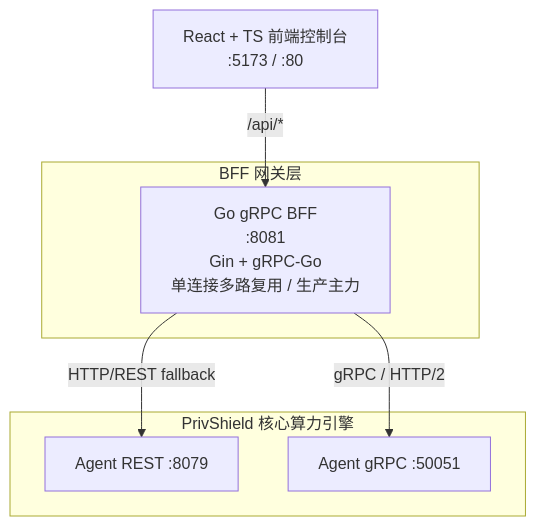
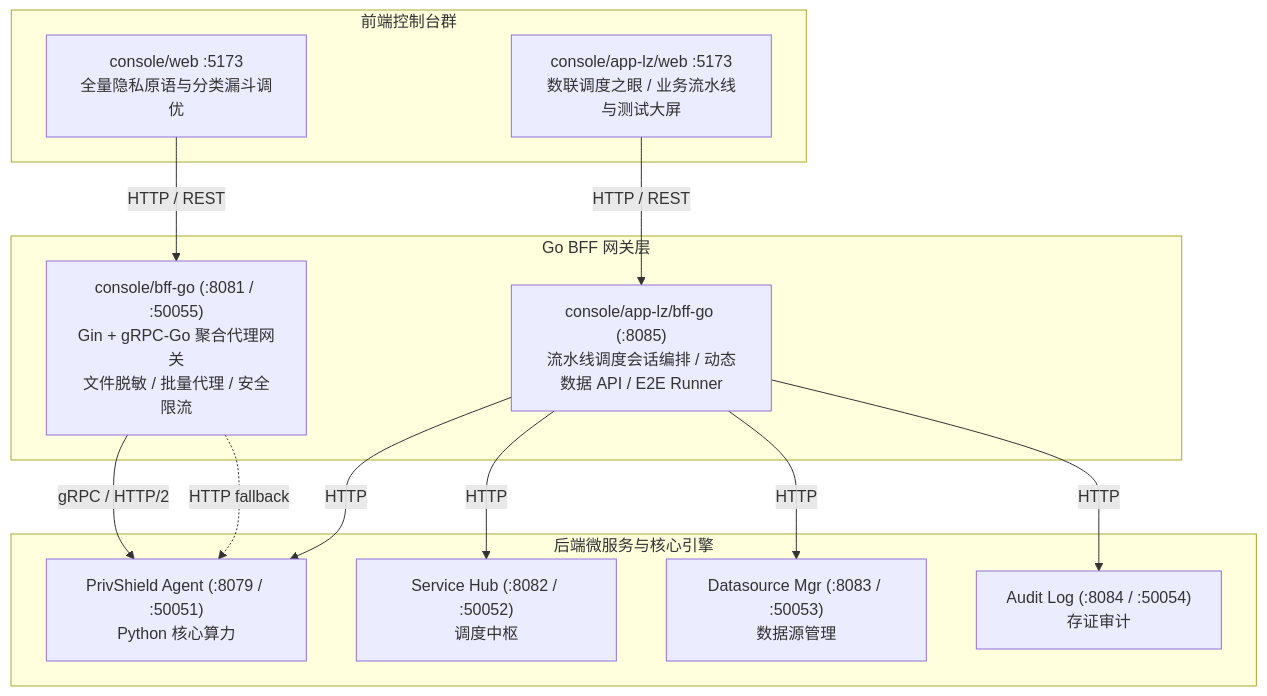
The diagram in docs/architecture/console.md (fengzhizi319/PrivShield), drawn with Mermaid before and after one commit. The commit also changed other lines of this file and 6 other files, not shown here.

First line of the commit message:
docs(architecture): sync all architecture docs with current codebase

````diff
--- a/docs/architecture/console.md
+++ b/docs/architecture/console.md
@@ -11,18 +25,30 @@
 ```mermaid
 graph TD
-    Browser[React + TS 前端控制台<br/>:5173 / :80]
-
-    subgraph BFF [BFF 网关层]
-        GoBFF[Go gRPC BFF<br/>:8081<br/>Gin + gRPC-Go<br/>单连接多路复用 / 生产主力]
+    subgraph Presentation [前端控制台群]
+        WebFull[console/web :5173<br/>全量隐私原语与分类漏斗调优]
+        WebAppLZ[console/app-lz/web :5173<br/>数联调度之眼 / 业务流水线与测试大屏]
     end
 
-    subgraph CoreEngine [PrivShield 核心算力引擎]
-        AgentREST[Agent REST :8079]
-        AgentGRPC[Agent gRPC :50051]
+    subgraph BFFGateways [Go BFF 网关层]
+        GoBFF["console/bff-go (:8081 / :50055)<br/>Gin + gRPC-Go 聚合代理网关<br/>文件脱敏 / 批量代理 / 安全限流"]
+        GoLZBFF["console/app-lz/bff-go (:8085)<br/>流水线调度会话编排 / 动态数据 API / E2E Runner"]
     end
 
-    Browser -->|/api/*| GoBFF
+    subgraph UpstreamServices [后端微服务与核心引擎]
+        Agent["PrivShield Agent (:8079 / :50051)<br/>Python 核心算力"]
+        Hub["Service Hub (:8082 / :50052)<br/>调度中枢"]
+        DSMgr["Datasource Mgr (:8083 / :50053)<br/>数据源管理"]
+        Audit["Audit Log (:8084 / :50054)<br/>存证审计"]
+    end
 
-    GoBFF -->|gRPC / HTTP/2| AgentGRPC
-    GoBFF -->|HTTP/REST fallback| AgentREST
+    WebFull -->|HTTP / REST| GoBFF
+    WebAppLZ -->|HTTP / REST| GoLZBFF
+
+    GoBFF -->|gRPC / HTTP/2| Agent
+    GoBFF -.->|HTTP fallback| Agent
+
+    GoLZBFF -->|HTTP| Hub
+    GoLZBFF -->|HTTP| DSMgr
+    GoLZBFF -->|HTTP| Audit
+    GoLZBFF -->|HTTP| Agent
 ```
````
